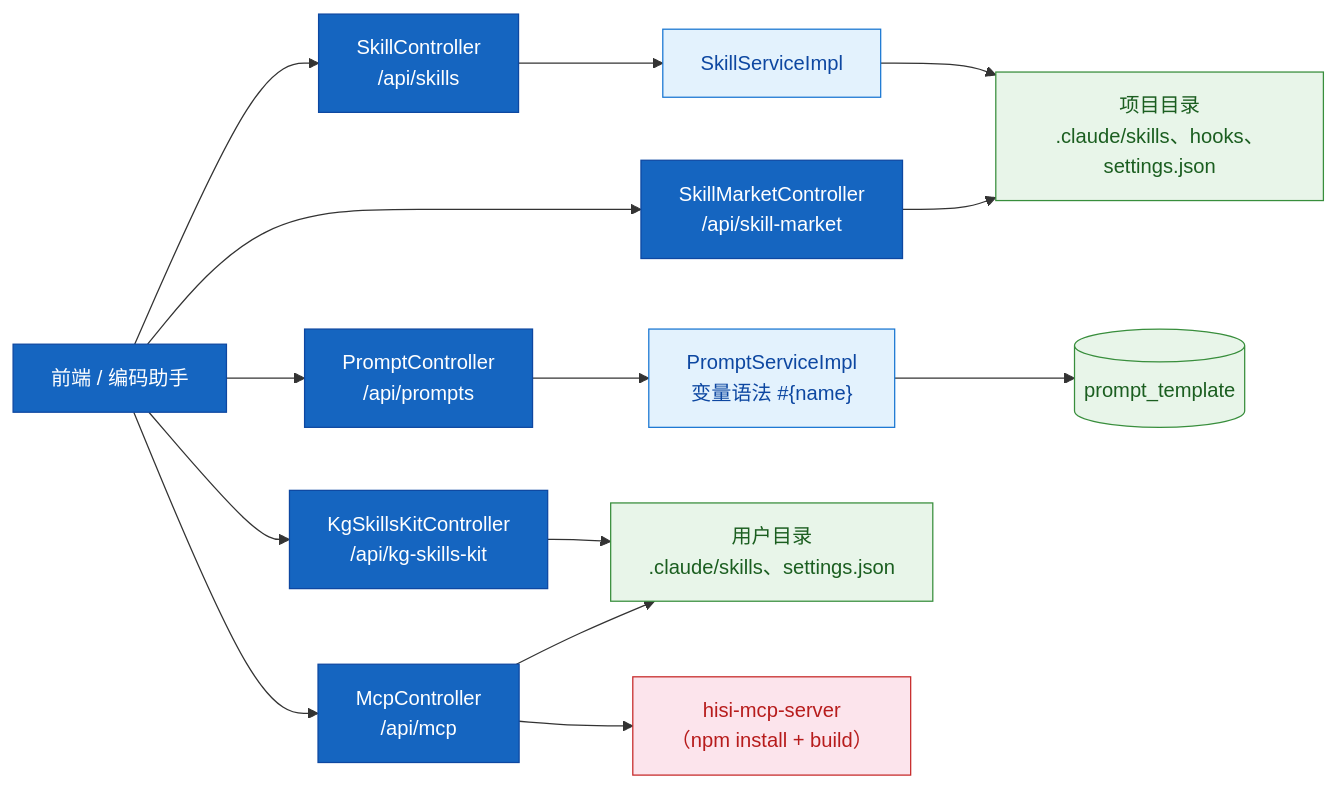
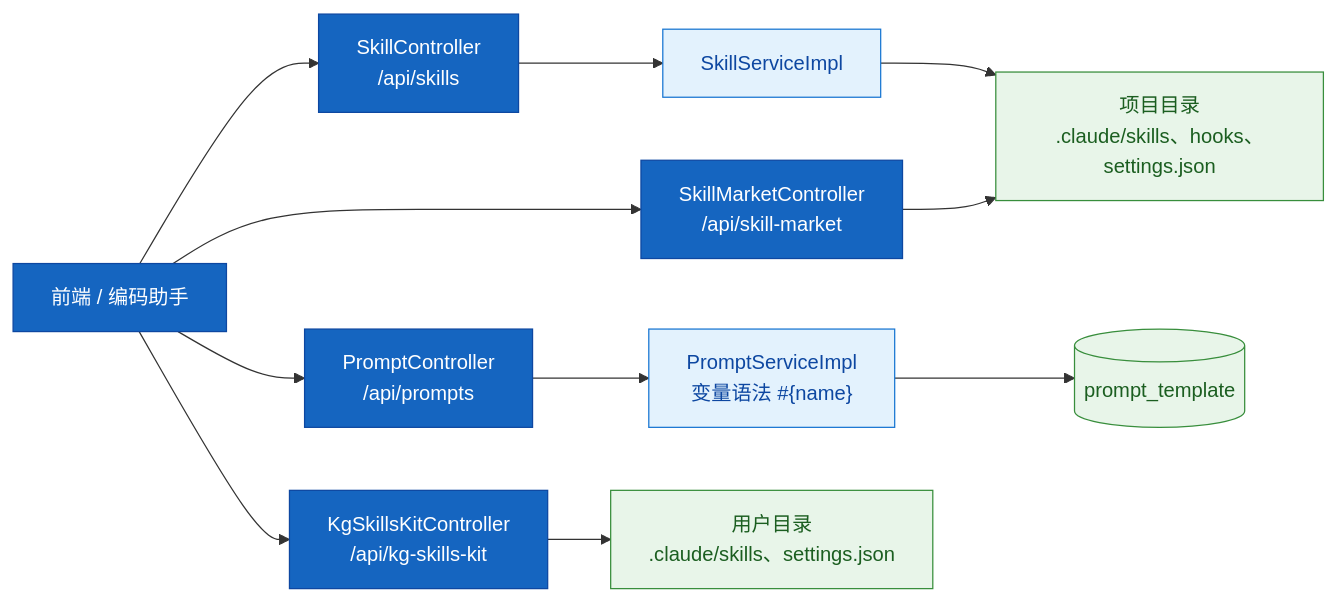
Before and after one commit to shenjiangchun/codeKnowledge: the diagram in hisi-dev-tool/docs/codewiki/03-模块说明/技能市场与提示词.md, drawn with Mermaid. The commit also changed other lines of this file and 27 other files, not shown here.

````diff
--- a/hisi-dev-tool/docs/codewiki/03-模块说明/技能市场与提示词.md
+++ b/hisi-dev-tool/docs/codewiki/03-模块说明/技能市场与提示词.md
@@ -44,33 +43,28 @@
 ```mermaid
 flowchart LR
     FE["前端 / 编码助手"]:::entry
     SC["SkillController<br/>/api/skills"]:::entry
     SM["SkillMarketController<br/>/api/skill-market"]:::entry
     KS["KgSkillsKitController<br/>/api/kg-skills-kit"]:::entry
-    MC["McpController<br/>/api/mcp"]:::entry
     PC["PromptController<br/>/api/prompts"]:::entry
 
     SS["SkillServiceImpl"]:::process
     PS["PromptServiceImpl<br/>变量语法 #{name}"]:::process
     PROJ["项目目录<br/>.claude/skills、hooks、settings.json"]:::data
     HOME["用户目录<br/>.claude/skills、settings.json"]:::data
-    MCPS["hisi-mcp-server<br/>（npm install + build）"]:::ext
     DB[("prompt_template")]:::data
 
     FE --> SC --> SS
     FE --> SM
     FE --> KS
-    FE --> MC
     FE --> PC --> PS
     SS --> PROJ
     SM --> PROJ
     KS --> HOME
-    MC --> HOME
-    MC --> MCPS
     PS --> DB
 
     classDef entry fill:#1565c0,stroke:#0d47a1,color:#fff
     classDef process fill:#e3f2fd,stroke:#1976d2,color:#0d47a1
     classDef data fill:#e8f5e9,stroke:#388e3c,color:#1b5e20
     classDef ext fill:#fce4ec,stroke:#c62828,color:#b71c1c
 ```
````
